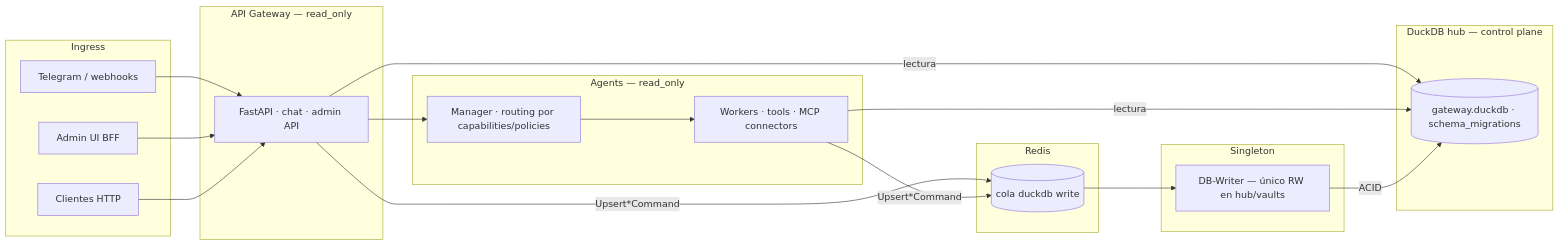
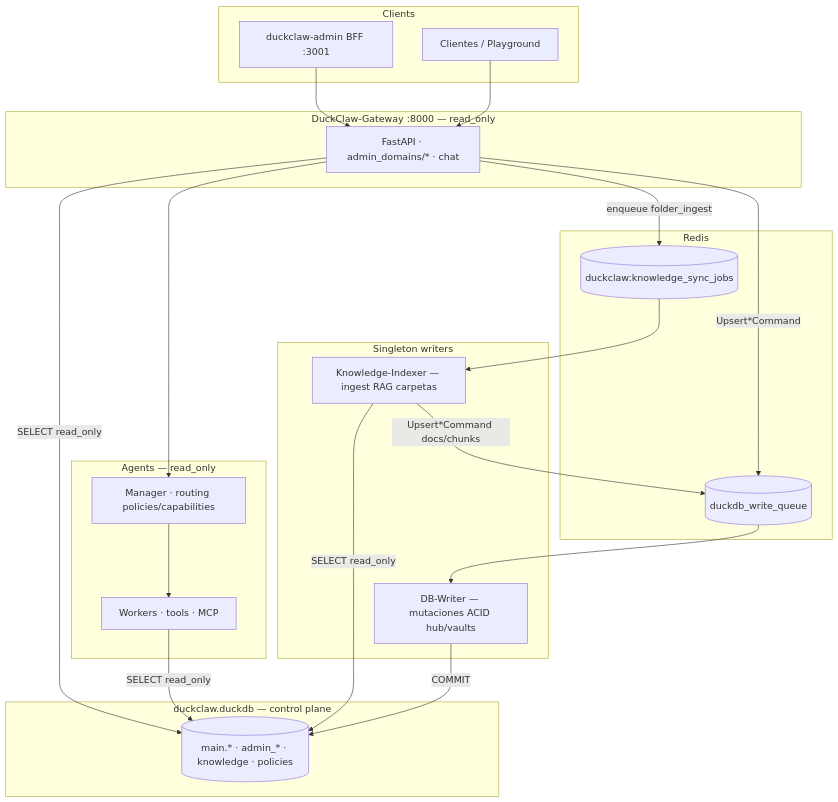
One commit to Capadonna-Labs/DuckClaw changed the diagram in README.md. Above: the diagram before and after it, drawn with Mermaid. The commit also changed other lines of this file and 10 other files, not shown here.

First line of the commit message:
fix(knowledge): progreso RAG real, jobs fallidos y README DB-first

````diff
--- a/README.md
+++ b/README.md
@@ -51,37 +29,40 @@
 ```mermaid
-flowchart LR
-  subgraph Ingress["Ingress"]
-    TG[Telegram / webhooks]
-    ADM[Admin UI BFF]
-    HTTP[Clientes HTTP]
+flowchart TB
+  subgraph Clients
+    ADM[duckclaw-admin BFF :3001]
+    HTTP[Clientes / Playground]
   end
 
-  subgraph Gateway["API Gateway — read_only"]
-    API[FastAPI · chat · admin API]
+  subgraph Gateway["DuckClaw-Gateway :8000 — read_only"]
+    API[FastAPI · admin_domains/* · chat]
   end
 
   subgraph Compute["Agents — read_only"]
-    MGR[Manager · routing por capabilities/policies]
-    WRK[Workers · tools · MCP connectors]
+    MGR[Manager · routing policies/capabilities]
+    WRK[Workers · tools · MCP]
   end
 
   subgraph Async["Redis"]
-    QW[(cola duckdb write)]
+    QW[(duckdb_write_queue)]
+    QK[(duckclaw:knowledge_sync_jobs)]
   end
 
-  subgraph Writer["Singleton"]
-    DW[DB-Writer — único RW en hub/vaults]
+  subgraph Writers["Singleton writers"]
+    DW[DB-Writer — mutaciones ACID hub/vaults]
+    KI[Knowledge-Indexer — ingest RAG carpetas]
   end
 
-  subgraph Hub["DuckDB hub — control plane"]
-    DB[(gateway.duckdb · schema_migrations)]
+  subgraph Hub["duckclaw.duckdb — control plane"]
+    DB[(main.* · admin_* · knowledge · policies)]
   end
 
-  TG --> API
   ADM --> API
   HTTP --> API
   API --> MGR --> WRK
-  API & WRK -->|"lectura"| DB
-  API & WRK -->|"Upsert*Command"| QW
-  QW --> DW -->|"ACID"| DB
+  API & WRK & KI -->|"SELECT read_only"| DB
+  API -->|"Upsert*Command"| QW
+  KI -->|"Upsert*Command docs/chunks"| QW
+  API -->|"enqueue folder_ingest"| QK
+  QW --> DW -->|"COMMIT"| DB
+  QK --> KI
 ```
````
